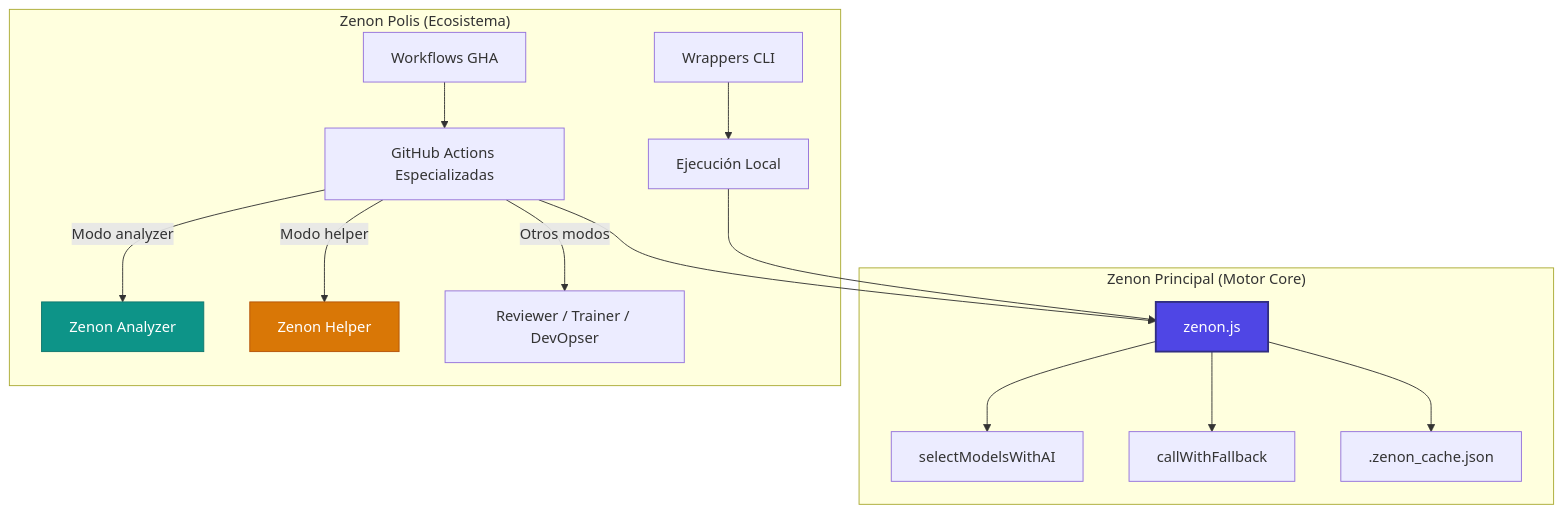
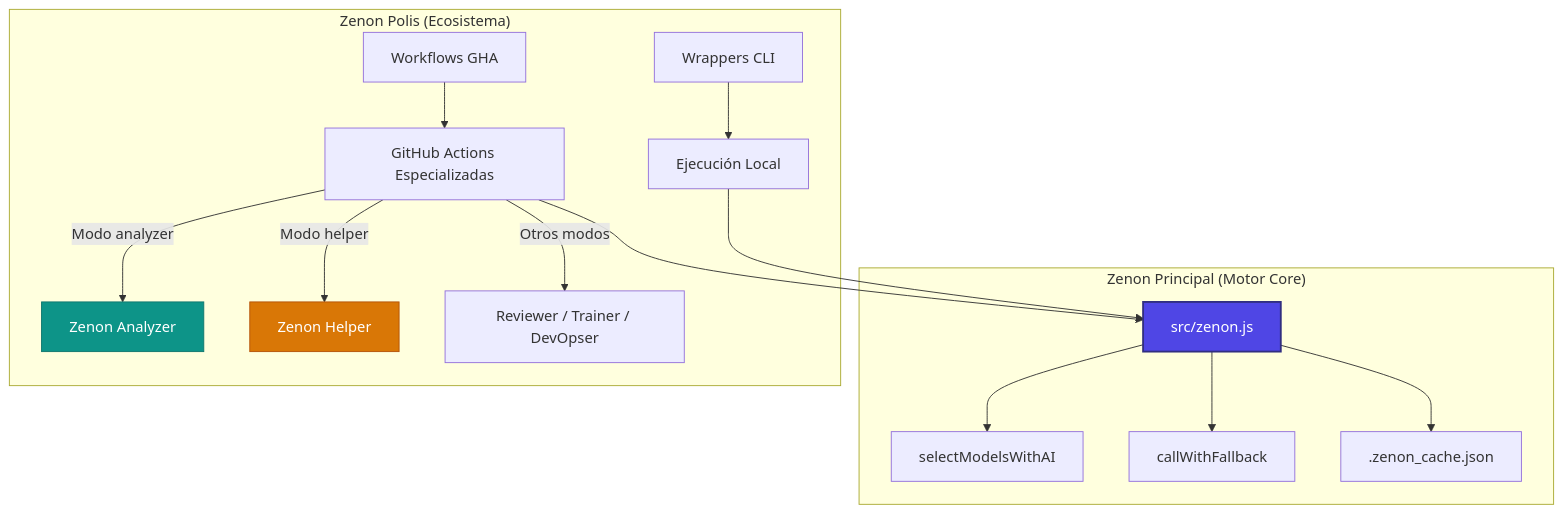
Before and after one commit to amglogicalis/my-github-actions: the diagram in README.md, drawn with Mermaid. The commit also changed other lines of this file and 19 other files, not shown here.

````diff
--- a/README.md
+++ b/README.md
@@ -25,24 +25,24 @@
 ```mermaid
 graph TD
     subgraph "Zenon Principal (Motor Core)"
-        A[zenon.js] --> B[selectModelsWithAI]
+        A[src/zenon.js] --> B[selectModelsWithAI]
         A --> C[callWithFallback]
         A --> D[.zenon_cache.json]
     end
 
     subgraph "Zenon Polis (Ecosistema)"
         E[Workflows GHA] --> F[GitHub Actions Especializadas]
         G[Wrappers CLI] --> H[Ejecución Local]
         
         F --> |Modo analyzer| I[Zenon Analyzer]
         F --> |Modo helper| J[Zenon Helper]
         F --> |Otros modos| K[Reviewer / Trainer / DevOpser]
         
         H --> A
         F --> A
     end
     
     style A fill:#4F46E5,stroke:#312E81,stroke-width:2px,color:#fff
     style I fill:#0D9488,stroke:#0F766E,stroke-width:1px,color:#fff
     style J fill:#D97706,stroke:#B45309,stroke-width:1px,color:#fff
 ```
````
